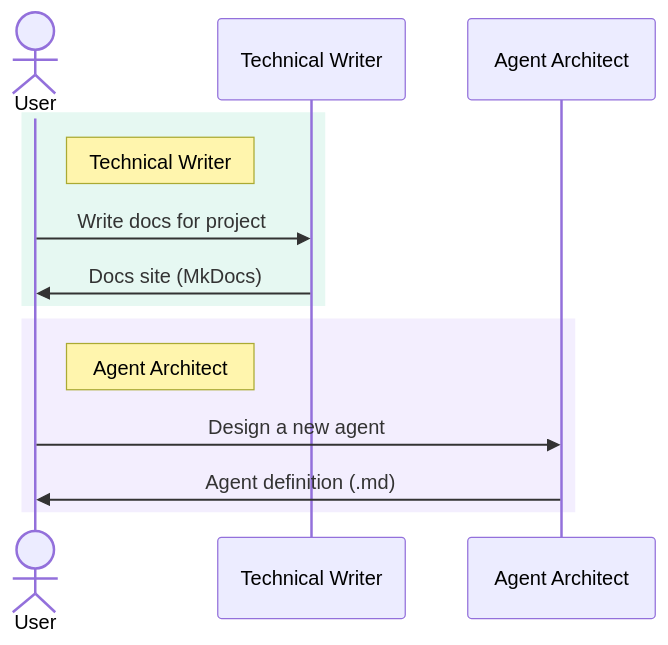
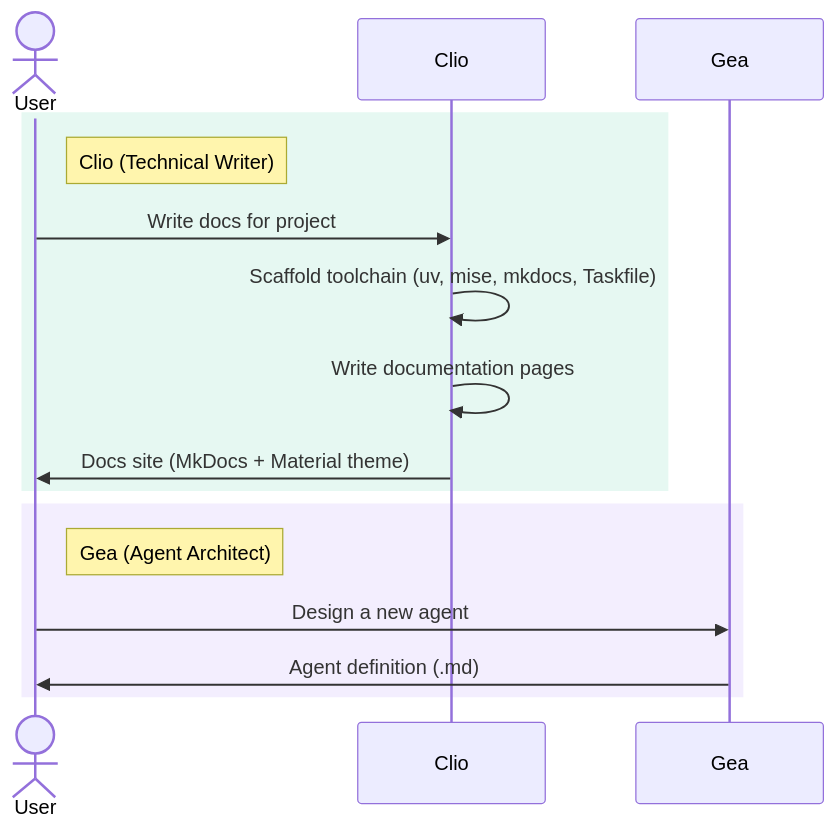
The first of 6 diagrams in README.md (dragoscirjan/opencode-config), drawn with Mermaid before and after one commit. The commit also changed other lines of this file and 78 other files, not shown here.

````diff
--- a/README.md
+++ b/README.md
@@ -89,16 +103,18 @@
 ```mermaid
 sequenceDiagram
     actor User
 
     rect rgb(16, 185, 129, 0.1)
-    note right of User: Technical Writer
-    User->>Technical Writer: Write docs for project
-    Technical Writer->>User: Docs site (MkDocs)
+    note right of User: Clio (Technical Writer)
+    User->>Clio: Write docs for project
+    Clio->>Clio: Scaffold toolchain (uv, mise, mkdocs, Taskfile)
+    Clio->>Clio: Write documentation pages
+    Clio->>User: Docs site (MkDocs + Material theme)
     end
 
     rect rgb(139, 92, 246, 0.1)
-    note right of User: Agent Architect
-    User->>Agent Architect: Design a new agent
-    Agent Architect->>User: Agent definition (.md)
+    note right of User: Gea (Agent Architect)
+    User->>Gea: Design a new agent
+    Gea->>User: Agent definition (.md)
     end
 ```
````
